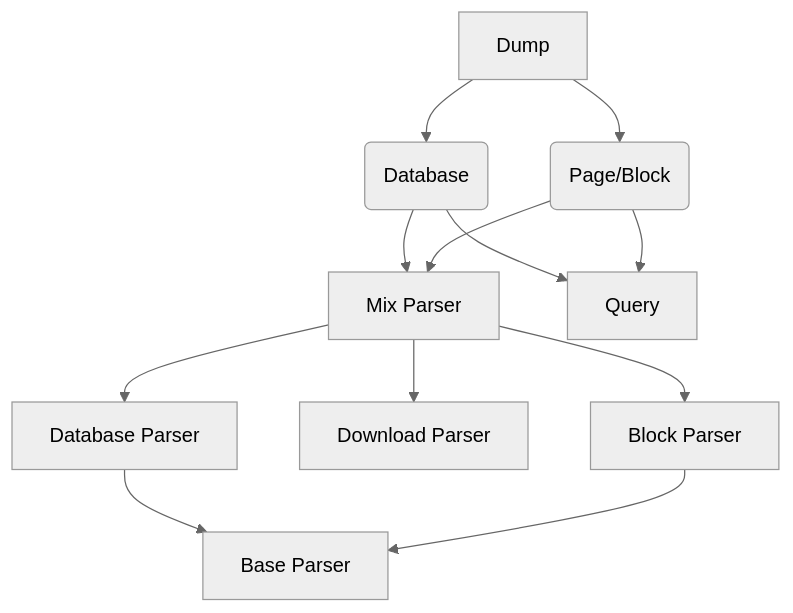
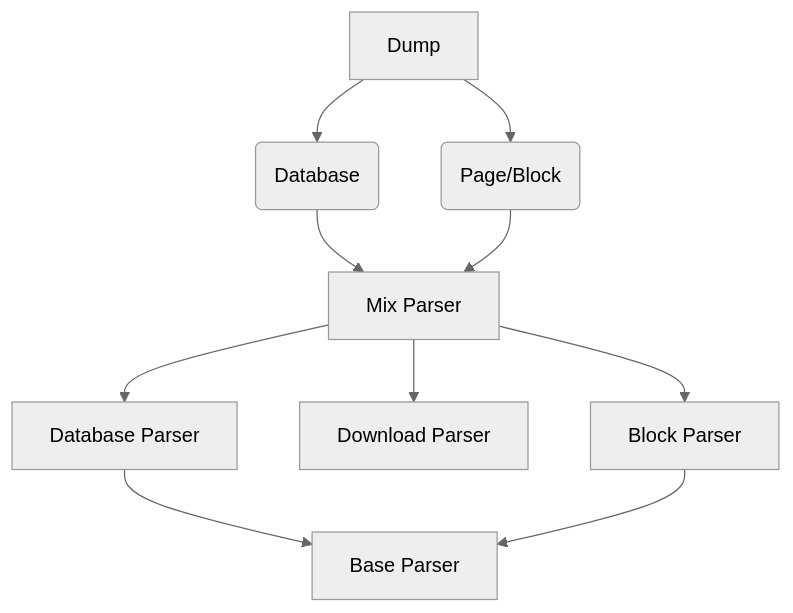
Before and after one commit to delta1037/notion-export-kernel: the first of 2 diagrams in README.md, drawn with Mermaid (neutral theme). The commit also changed other lines of this file and 7 other files, not shown here.

````diff
--- a/README.md
+++ b/README.md
@@ -34,17 +34,14 @@
 ```mermaid
 graph TD
     A[Dump] -->B(Database)
     A[Dump] -->C(Page/Block)
     B --> D[Mix Parser]
     C --> D[Mix Parser]
 
     D --> E[Database Parser]
     D --> I[Download Parser]
     D --> F[Block Parser]
     
     E --> G[Base Parser]
     F --> G[Base Parser]
-
-    B --> H[Query]
-    C --> H[Query]
 ```
````
